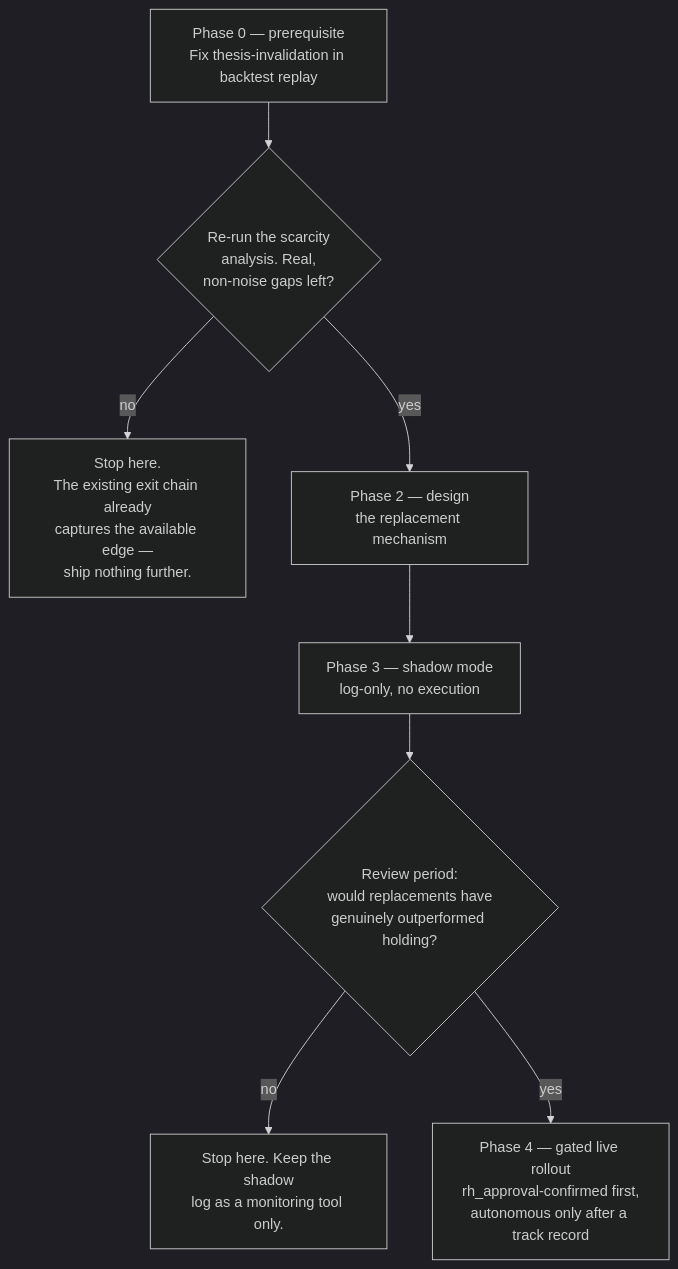
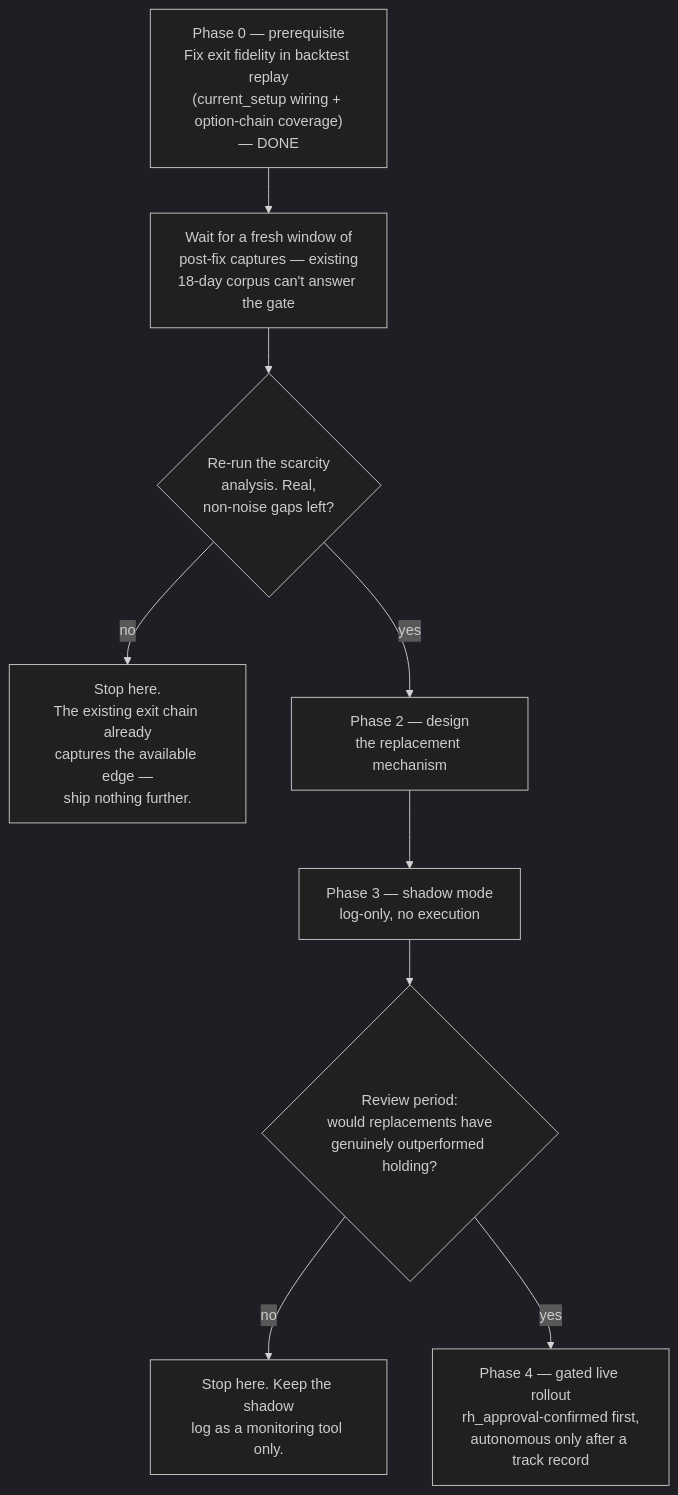
Before and after one commit to mvs5681/robinhood_agent: the diagram in docs/CAPITAL_REALLOCATION.md, drawn with Mermaid (dark theme). The commit also changed other lines of this file and 5 other files, not shown here.

First line of the commit message:
Phase 0: fix backtest exit fidelity — thesis invalidation + option-chain coverage

````diff
--- a/docs/CAPITAL_REALLOCATION.md
+++ b/docs/CAPITAL_REALLOCATION.md
@@ -76,10 +101,11 @@
 ```mermaid
 flowchart TD
-    P0["Phase 0 — prerequisite<br/>Fix thesis-invalidation in backtest replay"] --> G0{"Re-run the scarcity<br/>analysis. Real,<br/>non-noise gaps left?"}
+    P0["Phase 0 — prerequisite<br/>Fix exit fidelity in backtest replay<br/>(current_setup wiring + option-chain coverage)<br/>— DONE"] --> WAIT["Wait for a fresh window of<br/>post-fix captures — existing<br/>18-day corpus can't answer the gate"]
+    WAIT --> G0{"Re-run the scarcity<br/>analysis. Real,<br/>non-noise gaps left?"}
     G0 -->|no| STOP["Stop here.<br/>The existing exit chain already<br/>captures the available edge —<br/>ship nothing further."]
     G0 -->|yes| P2["Phase 2 — design<br/>the replacement mechanism"]
     P2 --> P3["Phase 3 — shadow mode<br/>log-only, no execution"]
     P3 --> G3{"Review period:<br/>would replacements have<br/>genuinely outperformed holding?"}
     G3 -->|no| STOP2["Stop here. Keep the shadow<br/>log as a monitoring tool only."]
     G3 -->|yes| P4["Phase 4 — gated live rollout<br/>rh_approval-confirmed first,<br/>autonomous only after a track record"]
 ```
````
